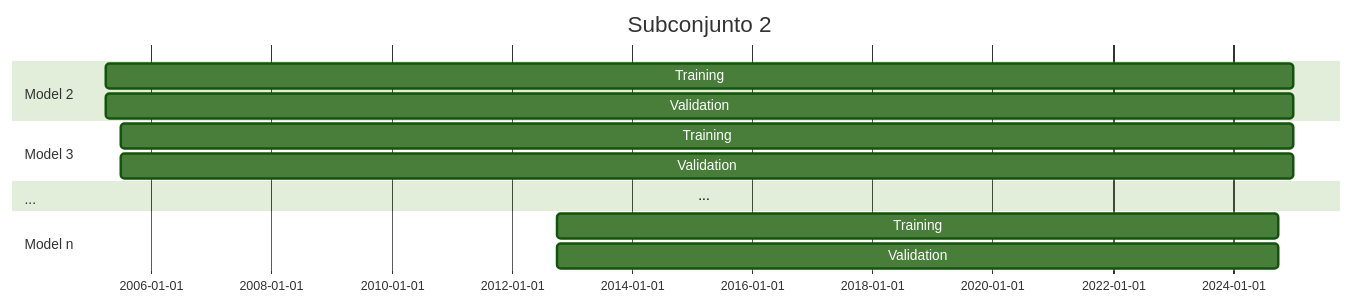
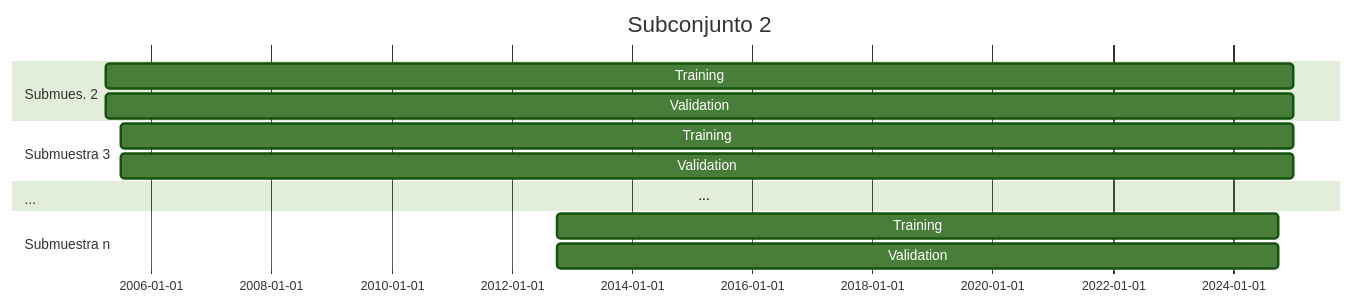
Before and after one commit to DIE-BG/DIE-BG.github.io: the second of 3 diagrams in hefm/results/SVAR50_4B/SVAR50_forecast_IS_initialEstPeriod/forecast_IS_initialEstPeriod.qmd, drawn with Mermaid. The commit also changed other lines of this file and 2 other files, not shown here.

Commit message:
chore(SVAR50_4B/excercises): Change "modelo" word to "submuestra/parametrización"

````diff
--- a/hefm/results/SVAR50_4B/SVAR50_forecast_IS_initialEstPeriod/forecast_IS_initialEstPeriod.qmd
+++ b/hefm/results/SVAR50_4B/SVAR50_forecast_IS_initialEstPeriod/forecast_IS_initialEstPeriod.qmd
@@ -140,26 +141,26 @@
 ```{mermaid}
 %%| fig-width: 6
 
 
 %%{
 init: {
   "securityLevel": "loose",
   "theme": "forest"   
 }
 }%%
 gantt
     title Subconjunto 2
     dateFormat  YYYY-MM
-    section Model 2
+    section Submues. 2
     Training           :a1, 2005-04, 237M
     Validation      :a2, 2005-04, 237M
-    section Model 3
+    section Submuestra 3
     Training           :a1, 2005-07, 234M
     Validation      :a2, 2005-07, 234M
     section ...
     ... :a1, 2015-01-02, 1d
-    section Model n
+    section Submuestra n
     Training          :a1, 2012-10, 144M
     Validation      :a2, 2012-10, 144M
 
 ```
````
